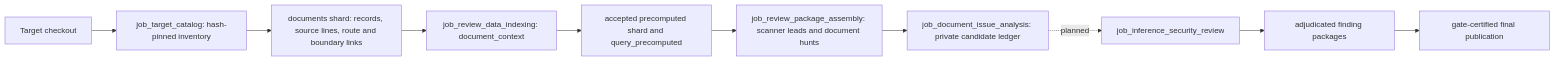
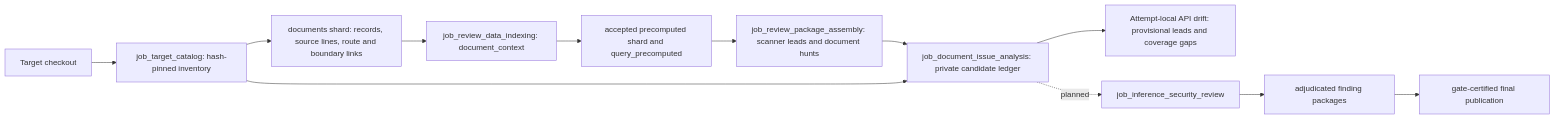
Before and after one commit to wsollers/appsec-review: the diagram in docs/architecture/document-evidence-analysis.md, drawn with Mermaid. The commit also changed other lines of this file and 4 other files, not shown here.

First line of the commit message:
Fix document catalog custody and route-local drift semantics

````diff
--- a/docs/architecture/document-evidence-analysis.md
+++ b/docs/architecture/document-evidence-analysis.md
@@ -25,12 +25,14 @@
 ```mermaid
 flowchart LR
   T[Target checkout] --> C[job_target_catalog: hash-pinned inventory]
   C --> D[documents shard: records, source lines, route and boundary links]
   D --> A[job_review_data_indexing: document_context]
   A --> I[accepted precomputed shard and query_precomputed]
   I --> P[job_review_package_assembly: scanner leads and document hunts]
   P --> M[job_document_issue_analysis: private candidate ledger]
+  C --> M
+  M --> DRI[Attempt-local API drift: provisional leads and coverage gaps]
   M -. planned .-> R[job_inference_security_review]
   R --> J[adjudicated finding packages]
   J --> E[gate-certified final publication]
 ```
````
